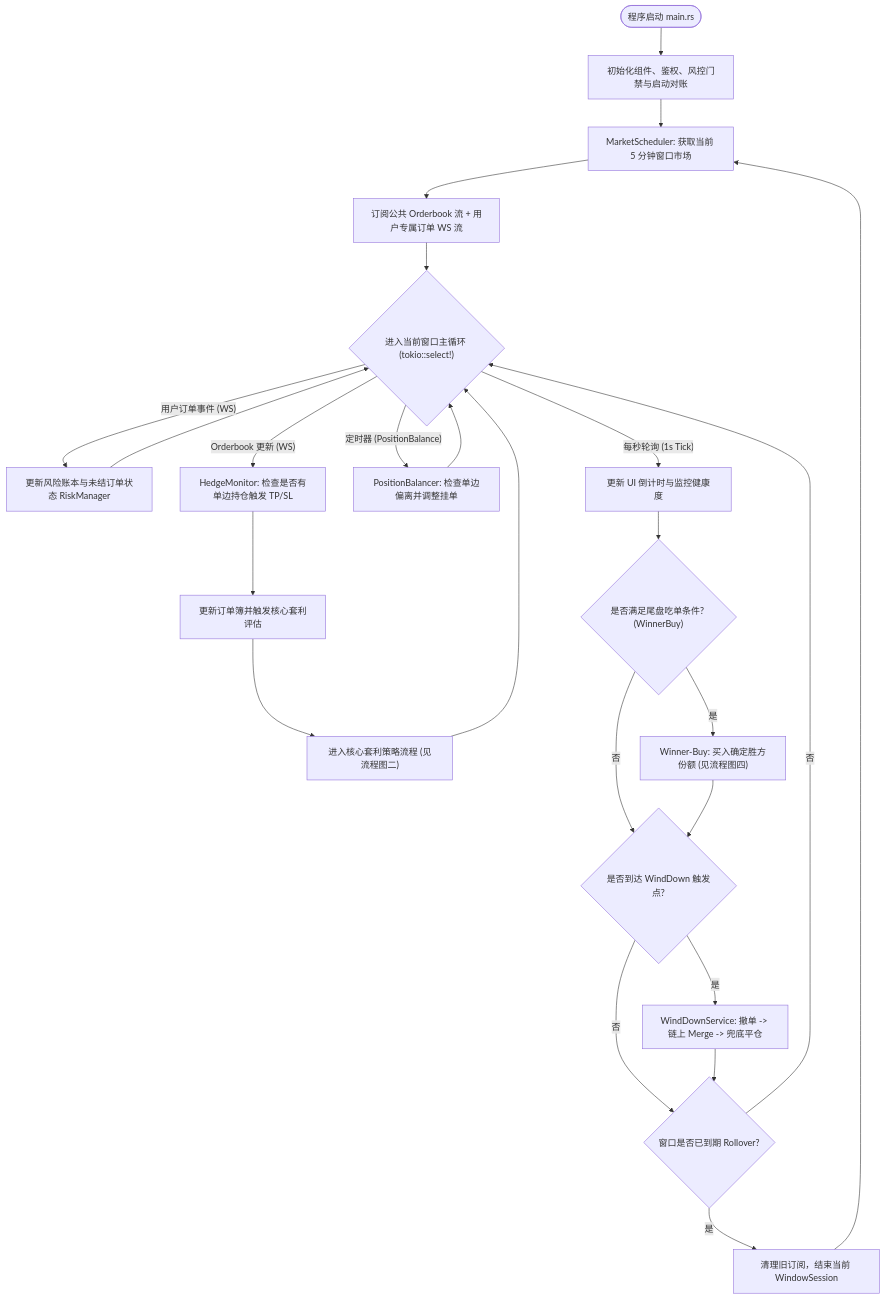
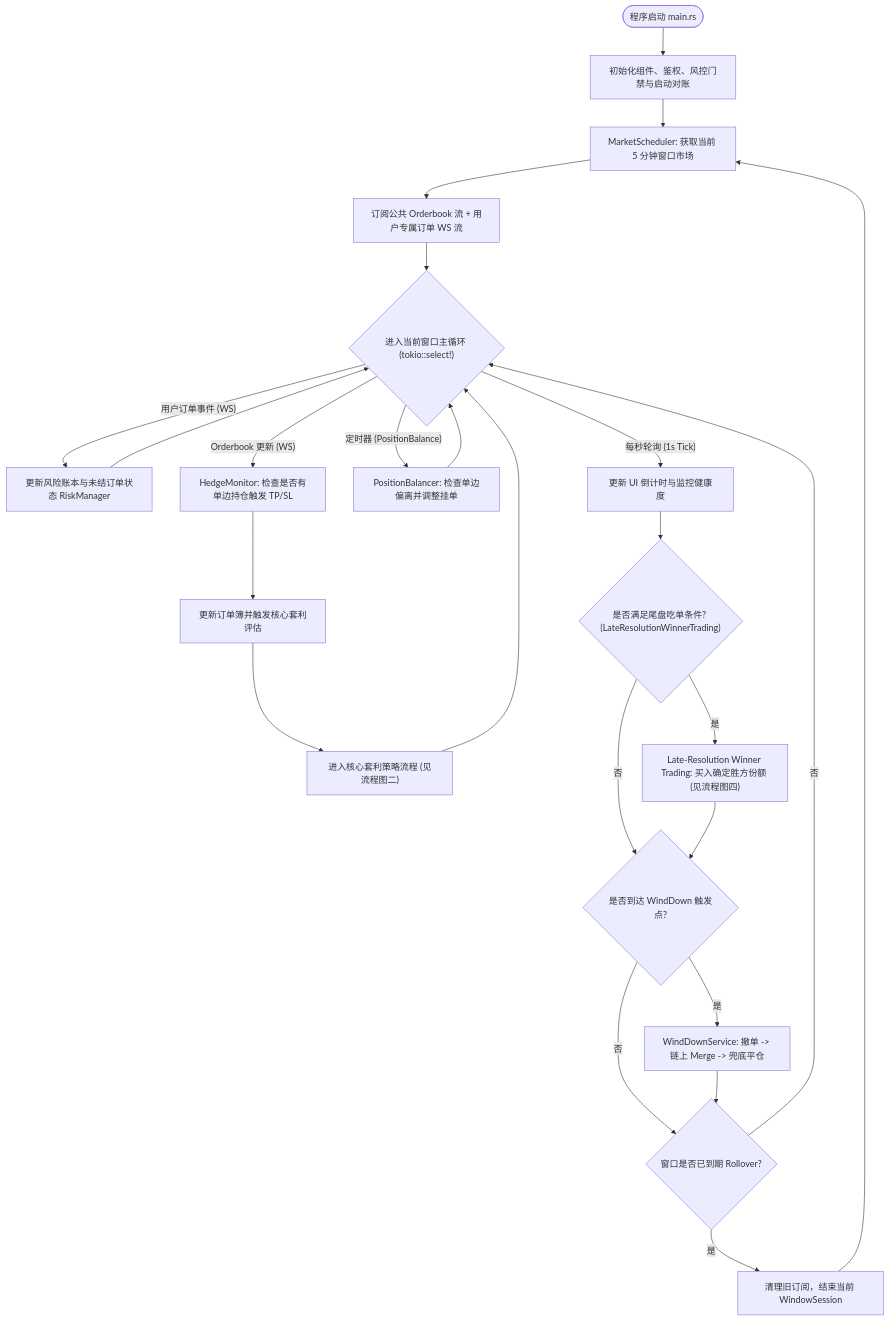
Before and after one commit to Mil0R/Polymarket-5min-bot: the first of 4 diagrams in docs/STRATEGY_FLOWCHART.zh-CN.md, drawn with Mermaid. The commit also changed other lines of this file and 120 other files, not shown here.

````diff
--- a/docs/STRATEGY_FLOWCHART.zh-CN.md
+++ b/docs/STRATEGY_FLOWCHART.zh-CN.md
@@ -20,36 +20,36 @@
 ```mermaid
 flowchart TD
     Start(["程序启动 main.rs"]) --> Init["初始化组件、鉴权、风控门禁与启动对账"]
     Init --> FetchMarkets["MarketScheduler: 获取当前 5 分钟窗口市场"]
     FetchMarkets --> Subscribe["订阅公共 Orderbook 流 + 用户专属订单 WS 流"]
     Subscribe --> WindowLoop{"进入当前窗口主循环 (tokio::select!)"}
 
     %% 分支 1: 用户订单流
     WindowLoop -->|"用户订单事件 (WS)"| UserOrderEvent["更新风险账本与未结订单状态 RiskManager"]
     UserOrderEvent --> WindowLoop
 
     %% 分支 2: 行情深度流
     WindowLoop -->|"Orderbook 更新 (WS)"| CheckHedge["HedgeMonitor: 检查是否有单边持仓触发 TP/SL"]
     CheckHedge --> HandleBook["更新订单簿并触发核心套利评估"]
     HandleBook --> ArbFlow["进入核心套利策略流程 (见流程图二)"]
     ArbFlow --> WindowLoop
 
     %% 分支 3: 定时持仓平衡
     WindowLoop -->|"定时器 (PositionBalance)"| Balancer["PositionBalancer: 检查单边偏离并调整挂单"]
     Balancer --> WindowLoop
 
     %% 分支 4: 1秒周期任务
     WindowLoop -->|"每秒轮询 (1s Tick)"| S1Check["更新 UI 倒计时与监控健康度"]
-    S1Check --> S1_1{"是否满足尾盘吃单条件? (WinnerBuy)"}
-    S1_1 -- "是" --> WinnerBuyExec["Winner-Buy: 买入确定胜方份额 (见流程图四)"]
+    S1Check --> S1_1{"是否满足尾盘吃单条件? (LateResolutionWinnerTrading)"}
+    S1_1 -- "是" --> LateResolutionWinnerTradingExec["Late-Resolution Winner Trading: 买入确定胜方份额 (见流程图四)"]
     S1_1 -- "否" --> S1_2{"是否到达 WindDown 触发点?"}
-    WinnerBuyExec --> S1_2
+    LateResolutionWinnerTradingExec --> S1_2
     
     S1_2 -- "是" --> WindDownExec["WindDownService: 撤单 -> 链上 Merge -> 兜底平仓"]
     S1_2 -- "否" --> S1_3{"窗口是否已到期 Rollover?"}
     WindDownExec --> S1_3
 
     S1_3 -- "是" --> CleanUp["清理旧订阅，结束当前 WindowSession"]
     S1_3 -- "否" --> WindowLoop
     CleanUp --> FetchMarkets
 ```
````
